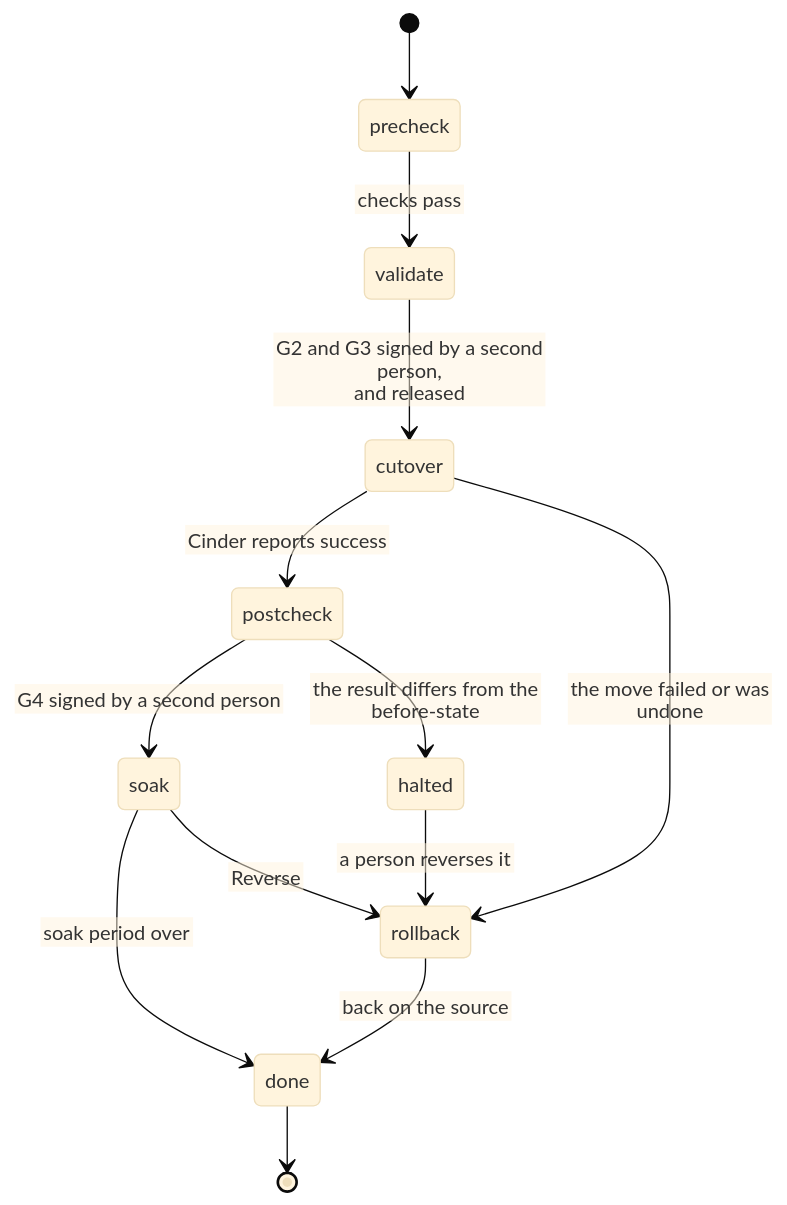
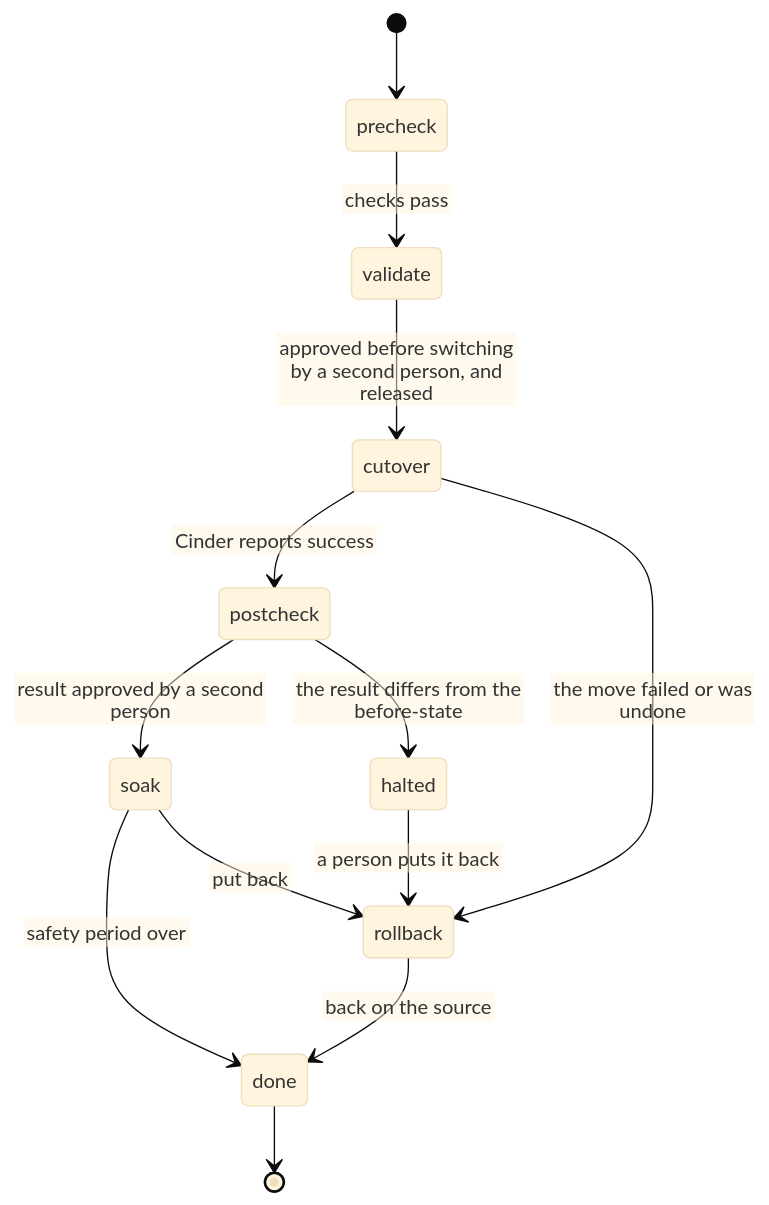
One commit to ebeauzec/OpenMove changed the fourth of 5 diagrams in docs/WALKTHROUGH.md. Above: the diagram before and after it, drawn with Mermaid. The commit also changed other lines of this file and 54 other files, not shown here.

````diff
--- a/docs/WALKTHROUGH.md
+++ b/docs/WALKTHROUGH.md
@@ -221,16 +211,16 @@
 ```mermaid
 %%{init: {"theme": "base", "fontFamily": "Arial, Helvetica, sans-serif", "themeVariables": {"fontSize": "15px"}, "flowchart": {"htmlLabels": false, "padding": 32, "nodeSpacing": 40, "rankSpacing": 50}}}%%
 stateDiagram-v2
     [*] --> precheck
     precheck --> validate: checks pass
-    validate --> cutover: G2 and G3 signed by a second person,<br/>and released
+    validate --> cutover: approved before switching<br/>by a second person, and released
     cutover --> postcheck: Cinder reports success
     cutover --> rollback: the move failed or was undone
-    postcheck --> soak: G4 signed by a second person
+    postcheck --> soak: result approved by a second person
     postcheck --> halted: the result differs from the before-state
-    halted --> rollback: a person reverses it
-    soak --> done: soak period over
-    soak --> rollback: Reverse
+    halted --> rollback: a person puts it back
+    soak --> done: safety period over
+    soak --> rollback: put back
     rollback --> done: back on the source
     done --> [*]
 ```
````
